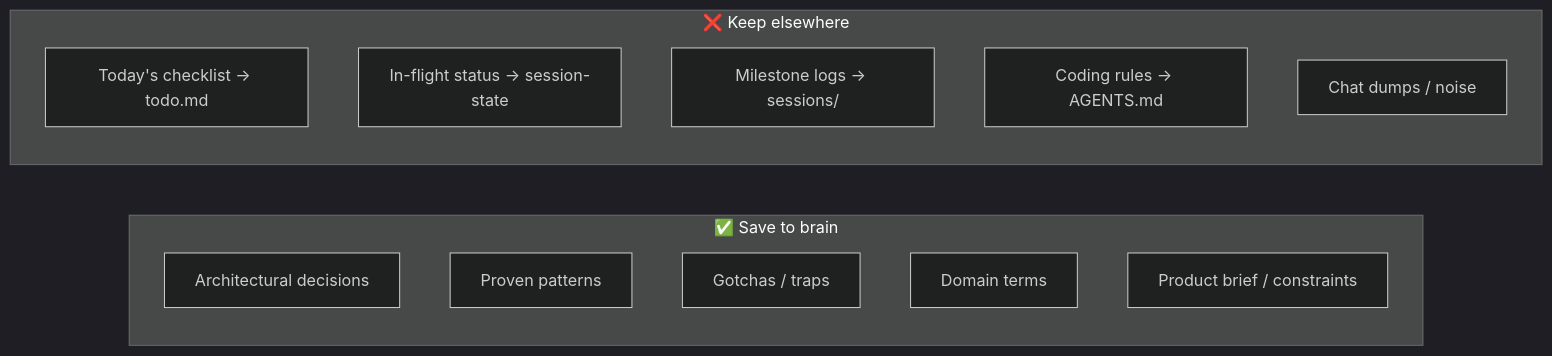
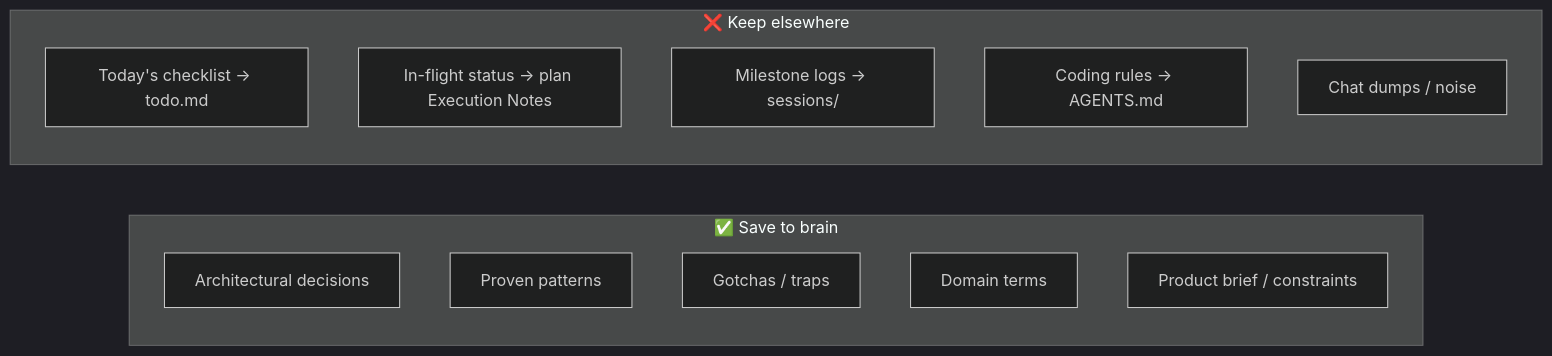
One commit to WDD-CODER/foodVibe1.0 changed the third of 5 diagrams in docs/brain/how-it-works.md. Above: the diagram before and after it, drawn with Mermaid (dark theme). The commit also changed other lines of this file and 157 other files, not shown here.

````diff
--- a/docs/brain/how-it-works.md
+++ b/docs/brain/how-it-works.md
@@ -108,18 +108,18 @@
 ```mermaid
 flowchart LR
   subgraph YES["✅ Save to brain"]
     Y1["Architectural decisions"]
     Y2["Proven patterns"]
     Y3["Gotchas / traps"]
     Y4["Domain terms"]
     Y5["Product brief / constraints"]
   end
 
   subgraph NO["❌ Keep elsewhere"]
     N1["Today's checklist → todo.md"]
-    N2["In-flight status → session-state"]
+    N2["In-flight status → plan Execution Notes"]
     N3["Milestone logs → sessions/"]
     N4["Coding rules → AGENTS.md"]
     N5["Chat dumps / noise"]
   end
 ```
````
